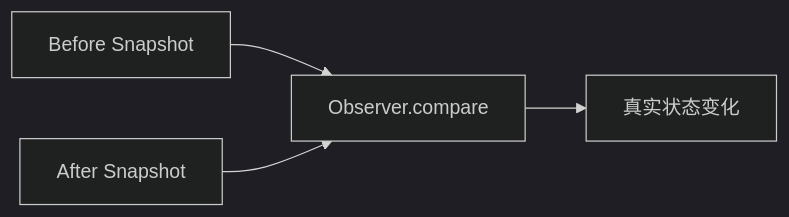
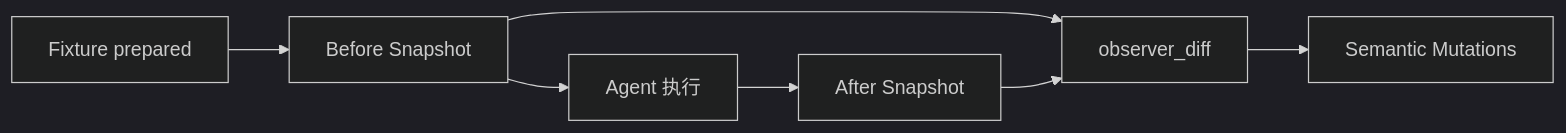
The fifth of 14 diagrams in docs/14-evaluation-design.md (Arthur999459up/GitAgent), drawn with Mermaid (dark theme) before and after one commit. The commit also changed other lines of this file and 16 other files, not shown here.

````diff
--- a/docs/14-evaluation-design.md
+++ b/docs/14-evaluation-design.md
@@ -198,6 +322,9 @@
 ```mermaid
 flowchart LR
-    B[Before Snapshot] --> D[Observer.compare]
-    A[After Snapshot] --> D
-    D --> X[真实状态变化]
+    P[Fixture prepared] --> B[Before Snapshot]
+    B --> A[Agent 执行]
+    A --> C[After Snapshot]
+    B --> D[observer_diff]
+    C --> D
+    D --> M[Semantic Mutations]
 ```
````
